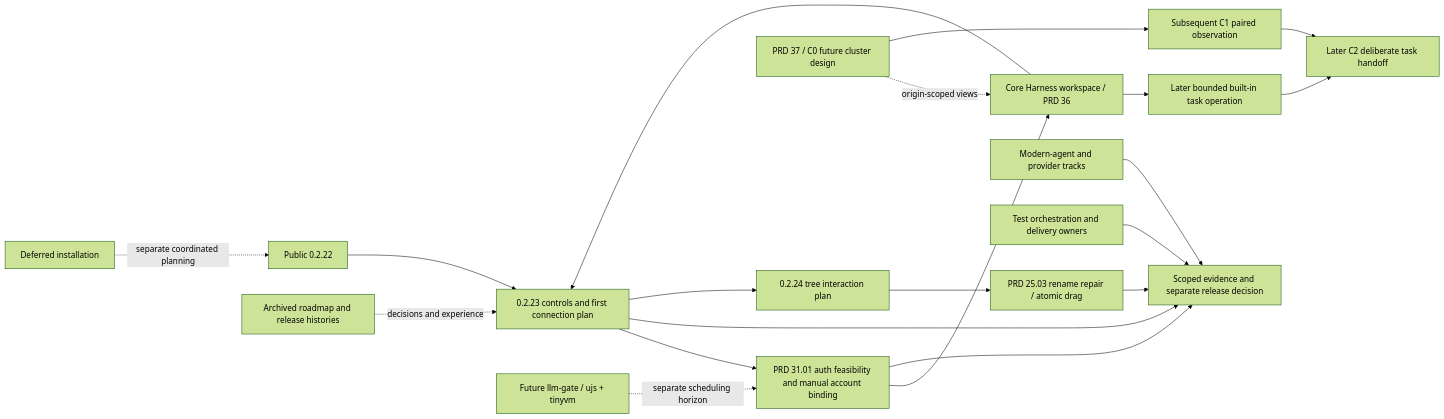
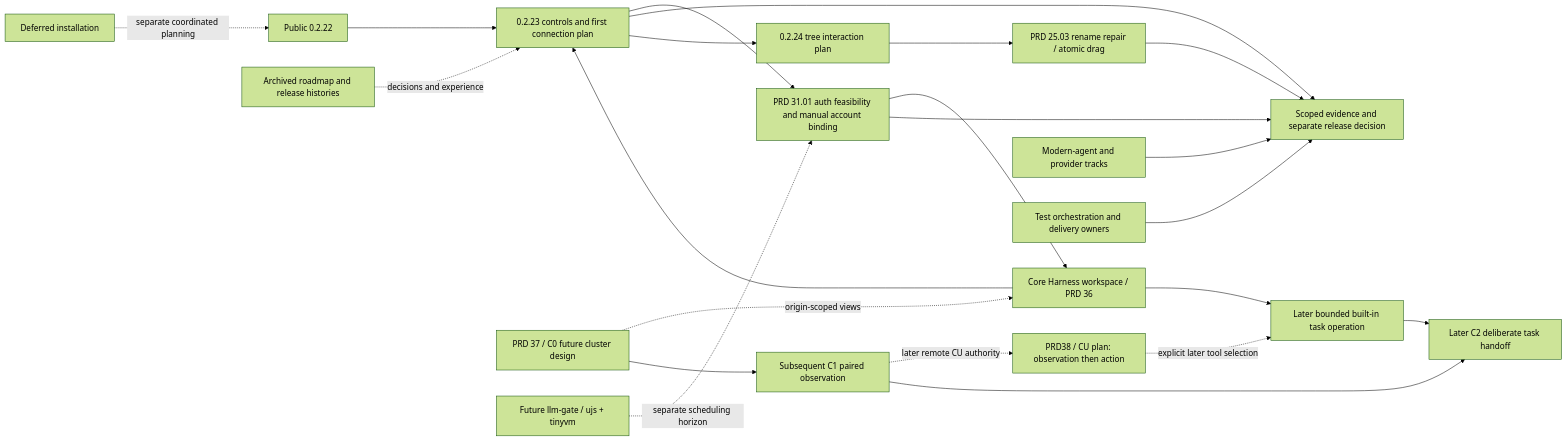
The diagram in plan/plan-v0.2.x-product-roadmap.md (partnernetsoftware/minicon), drawn with Mermaid (forest theme) before and after one commit. The commit also changed other lines of this file and 27 other files, not shown here.

````diff
--- a/plan/plan-v0.2.x-product-roadmap.md
+++ b/plan/plan-v0.2.x-product-roadmap.md
@@ -33,22 +35,24 @@
 ```mermaid
 flowchart LR
     B[Public 0.2.22] --> P[0.2.23 controls and first connection plan]
     P --> A[PRD 31.01 auth feasibility and manual account binding]
     V[Core Harness workspace / PRD 36] --> P
     A --> V
     V --> L[Later bounded built-in task operation]
     CL[PRD 37 / C0 future cluster design] -. origin-scoped views .-> V
     CL --> CP[Subsequent C1 paired observation]
+    CU[PRD38 / CU plan: observation then action] -. explicit later tool selection .-> L
+    CP -. later remote CU authority .-> CU
     L --> CT[Later C2 deliberate task handoff]
     CP --> CT
     A --> Q
     F[Future llm-gate / ujs + tinyvm] -. separate scheduling horizon .-> A
     P --> Q[Scoped evidence and separate release decision]
     P --> NEXT[0.2.24 tree interaction plan]
     NEXT --> TREE[PRD 25.03 rename repair / atomic drag]
     TREE --> Q
     T[Modern-agent and provider tracks] --> Q
     O[Test orchestration and delivery owners] --> Q
     H[Archived roadmap and release histories] -. decisions and experience .-> P
     I[Deferred installation] -. separate coordinated planning .-> B
 ```
````
